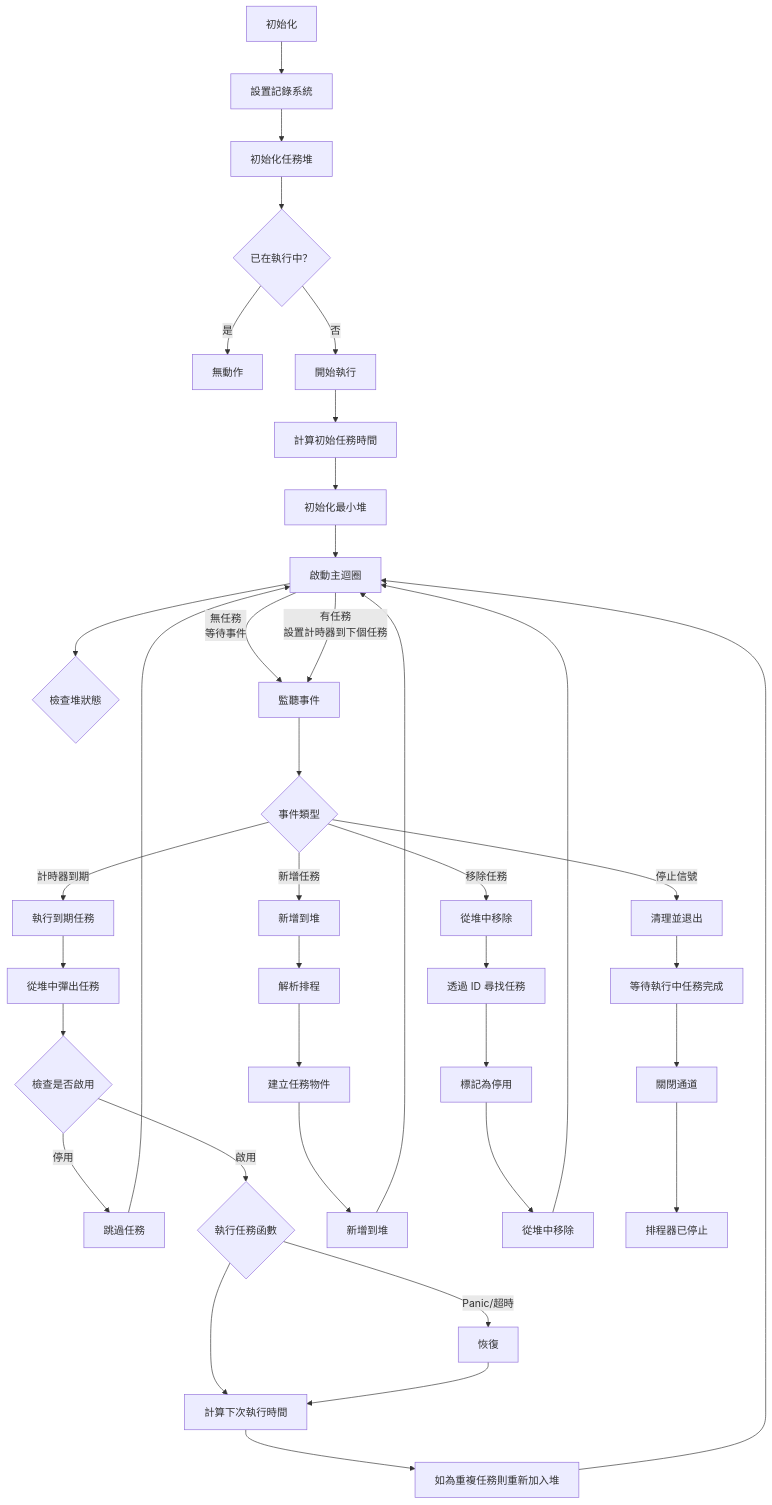
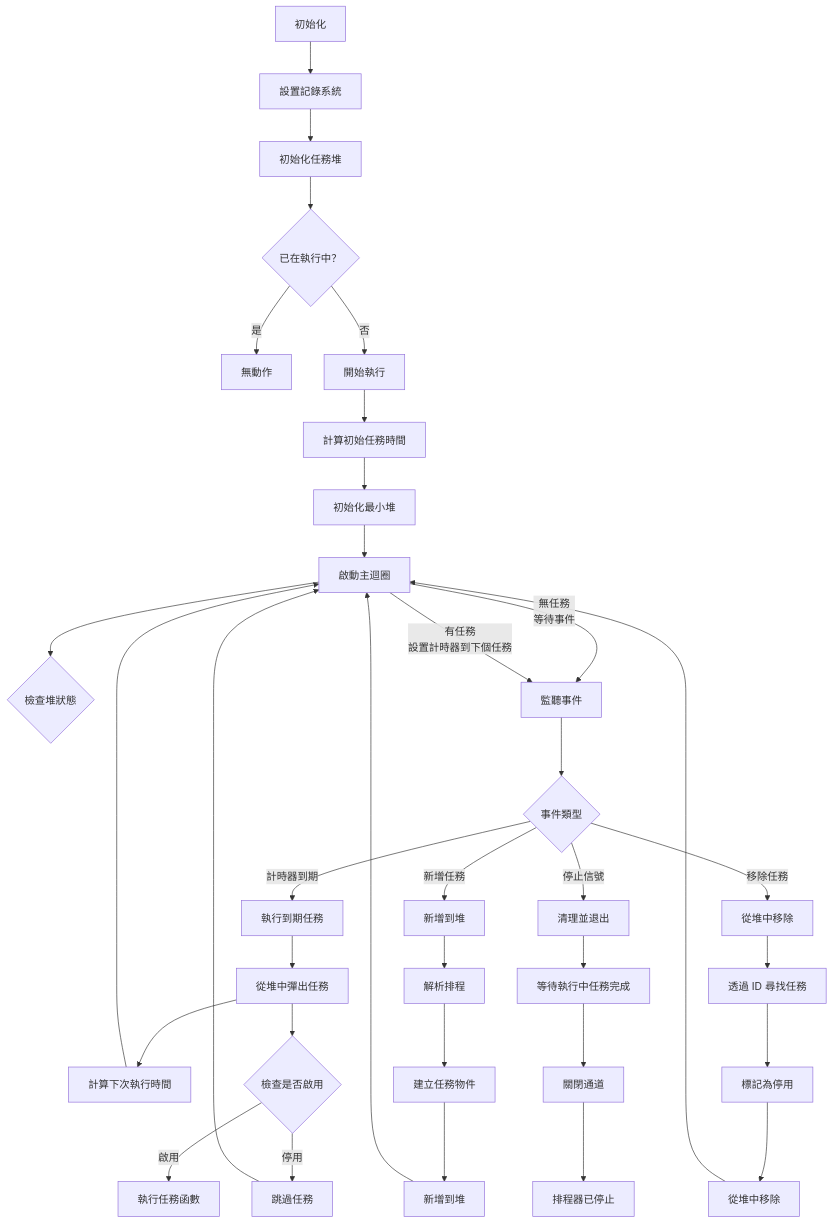
Before and after one commit to bhardwajRahul/go-cron: the diagram in README.zh.md, drawn with Mermaid. The commit also changed 1 other file, not shown here.

Commit message:
fix: 更新流程圖

````diff
--- a/README.zh.md
+++ b/README.zh.md
@@ -26,48 +26,45 @@
 ```mermaid
 flowchart TD
   A[初始化] --> B[設置記錄系統]
   B --> C[初始化任務堆]
   C --> D{已在執行中？}
   D -->|是| D1[無動作]
   D -->|否| D2[開始執行]
   
   D2 --> E[計算初始任務時間]
   E --> F[初始化最小堆]
   F --> G[啟動主迴圈]
   
   G --> H{檢查堆狀態}
   G -->|無任務<br>等待事件| Q[監聽事件]
   G -->|有任務<br>設置計時器到下個任務| Q
   
   Q --> R{事件類型}
   R -->|計時器到期| R1[執行到期任務]
   R -->|新增任務| R2[新增到堆]
   R -->|移除任務| R3[從堆中移除]
   R -->|停止信號| R4[清理並退出]
   
   R1 --> S[從堆中彈出任務]
+  S --> R5[計算下次執行時間]
+  R5 --> G
   S --> T{檢查是否啟用}
   T -->|停用| T0[跳過任務]
   T0 --> G
-  T -->|啟用| T1{執行任務函數}
-  T1 --> T11[計算下次執行時間]
-  T1 -->|Panic/超時| T10[恢復]
-  T10 --> T11[計算下次執行時間]
-  T11 --> U[如為重複任務則重新加入堆]
+  T -->|啟用| T1[執行任務函數]
   
   R2 --> V[解析排程]
   V --> W[建立任務物件]
   W --> X[新增到堆]
   
   R3 --> Y[透過 ID 尋找任務]
   Y --> Z[標記為停用]
   Z --> AA[從堆中移除]
   
-  U --> G
   X --> G
   AA --> G
   
   R4 --> BB[等待執行中任務完成]
   BB --> CC[關閉通道]
   CC --> DD[排程器已停止]
 ```
````
